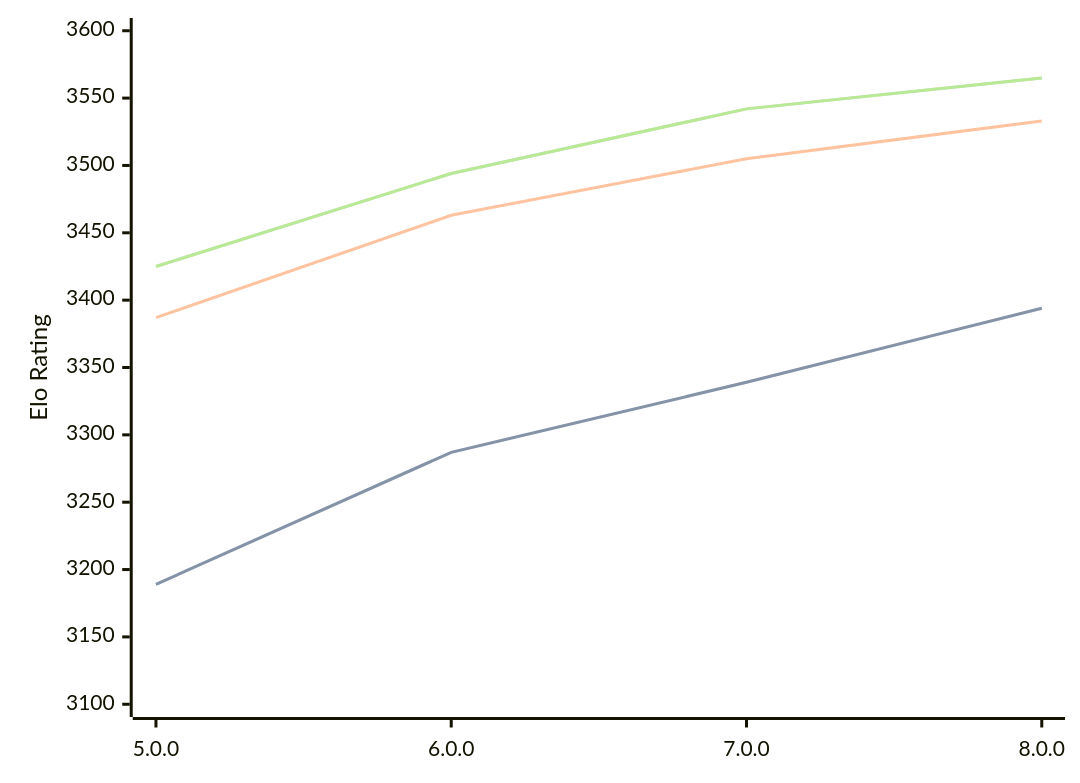
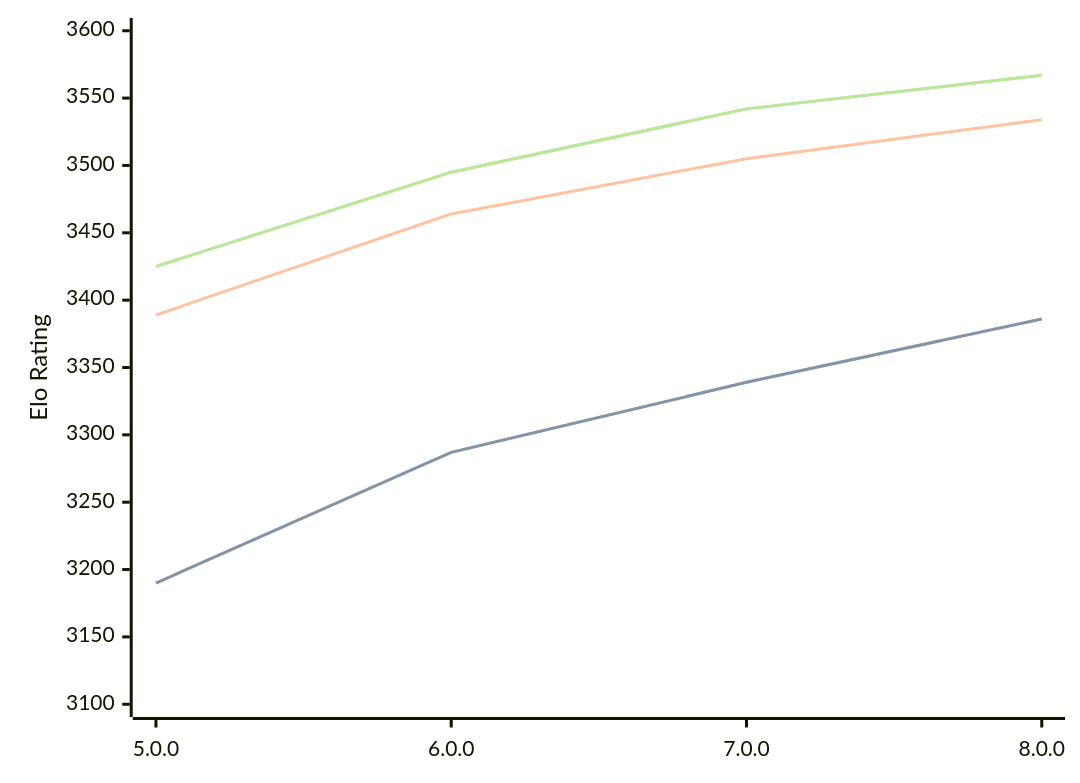
The third of 3 diagrams in engines/Stormphrax.md (computer-chess-index/cci), drawn with Mermaid before and after one commit. The commit also changed other lines of this file, not shown here.

Commit message:
Update CCI Ratings (ELO VLTC) - 2026-07-12

````diff
--- a/engines/Stormphrax.md
+++ b/engines/Stormphrax.md
@@ -72,11 +72,11 @@
 ```mermaid
 %%{init: {"theme":"base","themeVariables":{"seriesColors:['#a3a3a3','#222221','#faa371']}}}%%
 xychart-beta
   x-axis ["5.0.0", "6.0.0", "7.0.0", "8.0.0"]
   y-axis "Elo Rating" 3100 --> 3600
-  line "STC (8.0+0.08s)" [3189, 3287, 3339, 3394]
-  line "STC (8.0+0.08s)" [3189, 3287, 3339, 3394]
-  line "LTC (60.0+0.60s)" [3387, 3463, 3505, 3533]
-  line "VLTC (2m24s+1.12s)" [3425, 3494, 3542, 3565]
-  line "VLTC (2m24s+1.12s)" [3425, 3494, 3542, 3565]
+  line "STC (8.0+0.08s)" [3190, 3287, 3339, 3386]
+  line "STC (8.0+0.08s)" [3190, 3287, 3339, 3386]
+  line "LTC (60.0+0.60s)" [3389, 3464, 3505, 3534]
+  line "VLTC (2m24s+1.12s)" [3425, 3495, 3542, 3567]
+  line "VLTC (2m24s+1.12s)" [3425, 3495, 3542, 3567]
 ```
````
